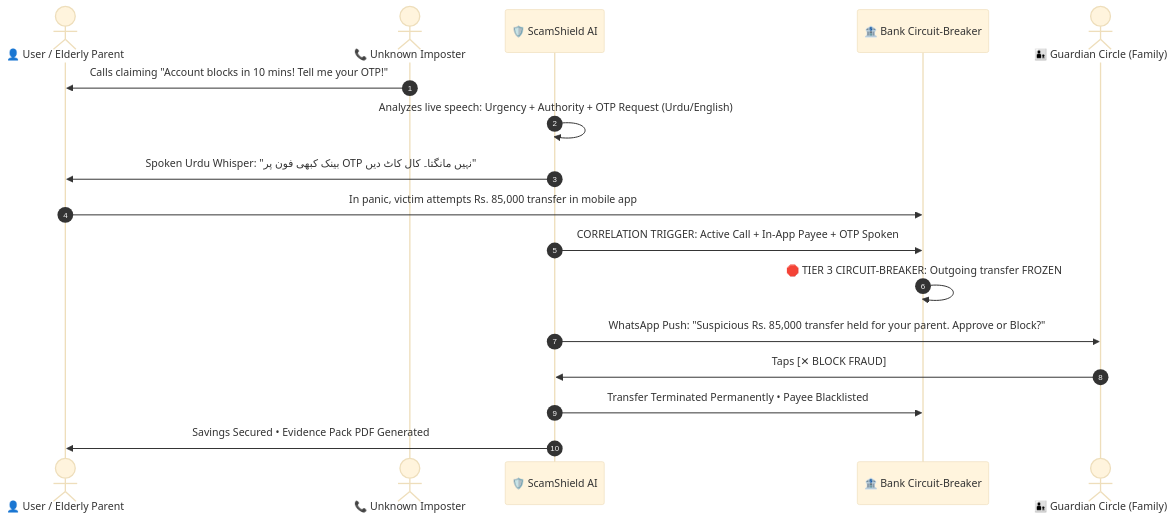
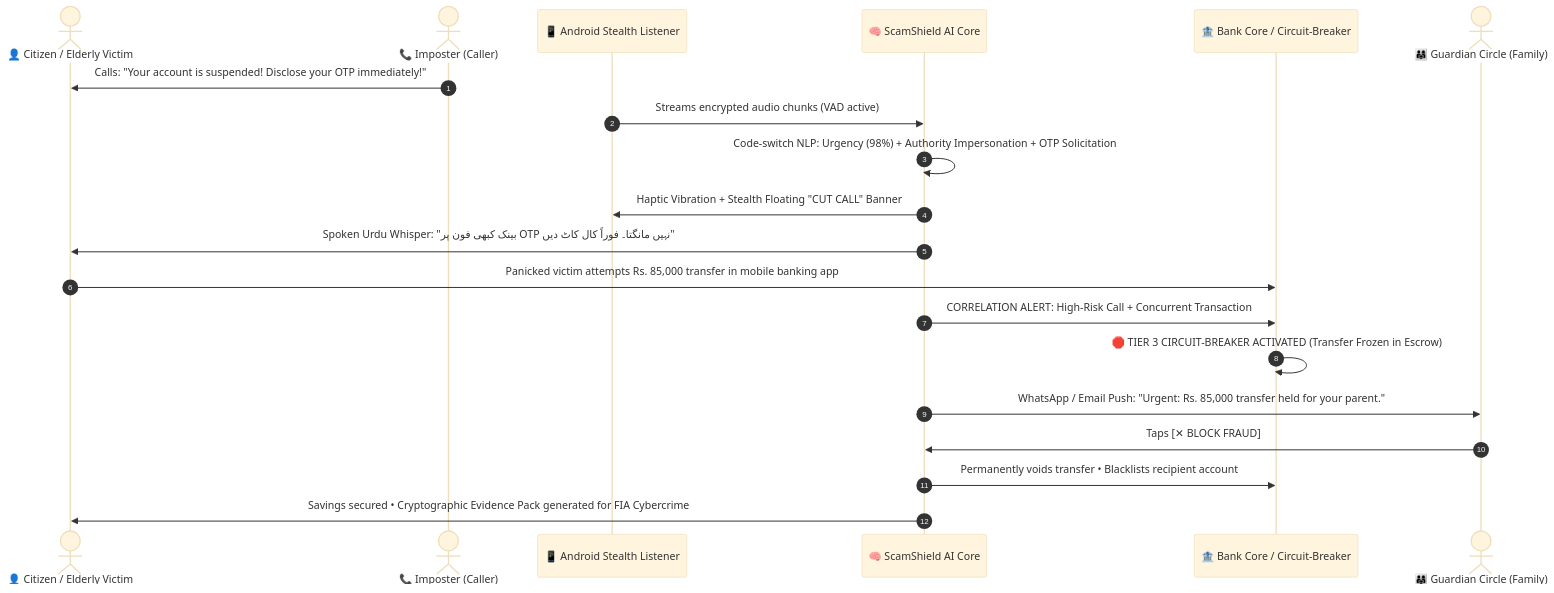
Before and after one commit to talha963/ScamSheild: the diagram in README.md, drawn with Mermaid (base theme). The commit also changed other lines of this file, not shown here.

````diff
--- a/README.md
+++ b/README.md
@@ -75,20 +39,23 @@
 ```mermaid
 sequenceDiagram
     autonumber
-    actor Victim as 👤 User / Elderly Parent
-    actor Scammer as 📞 Unknown Imposter
-    participant Guardian as 🛡️ ScamShield AI
-    participant Bank as 🏦 Bank Circuit-Breaker
-    actor Family as 👨‍👦 Guardian Circle (Family)
+    actor Victim as 👤 Citizen / Elderly Victim
+    actor Scammer as 📞 Imposter (Caller)
+    participant Phone as 📱 Android Stealth Listener
+    participant AI as 🧠 ScamShield AI Core
+    participant Bank as 🏦 Bank Core / Circuit-Breaker
+    actor Family as 👨‍👩‍👧 Guardian Circle (Family)
 
-    Scammer->>Victim: Calls claiming "Account blocks in 10 mins! Tell me your OTP!"
-    Guardian->>Guardian: Analyzes live speech: Urgency + Authority + OTP Request (Urdu/English)
-    Guardian->>Victim: Spoken Urdu Whisper: "بینک کبھی فون پر OTP نہیں مانگتا۔ کال کاٹ دیں"
-    Victim->>Bank: In panic, victim attempts Rs. 85,000 transfer in mobile app
-    Guardian->>Bank: CORRELATION TRIGGER: Active Call + In-App Payee + OTP Spoken
-    Bank->>Bank: 🛑 TIER 3 CIRCUIT-BREAKER: Outgoing transfer FROZEN
-    Guardian->>Family: WhatsApp Push: "Suspicious Rs. 85,000 transfer held for your parent. Approve or Block?"
-    Family->>Guardian: Taps [✕ BLOCK FRAUD]
-    Guardian->>Bank: Transfer Terminated Permanently • Payee Blacklisted
-    Guardian->>Victim: Savings Secured • Evidence Pack PDF Generated
+    Scammer->>Victim: Calls: "Your account is suspended! Disclose your OTP immediately!"
+    Phone->>AI: Streams encrypted audio chunks (VAD active)
+    AI->>AI: Code-switch NLP: Urgency (98%) + Authority Impersonation + OTP Solicitation
+    AI->>Phone: Haptic Vibration + Stealth Floating "CUT CALL" Banner
+    AI->>Victim: Spoken Urdu Whisper: "بینک کبھی فون پر OTP نہیں مانگتا۔ فوراً کال کاٹ دیں"
+    Victim->>Bank: Panicked victim attempts Rs. 85,000 transfer in mobile banking app
+    AI->>Bank: CORRELATION ALERT: High-Risk Call + Concurrent Transaction
+    Bank->>Bank: 🛑 TIER 3 CIRCUIT-BREAKER ACTIVATED (Transfer Frozen in Escrow)
+    AI->>Family: WhatsApp / Email Push: "Urgent: Rs. 85,000 transfer held for your parent."
+    Family->>AI: Taps [✕ BLOCK FRAUD]
+    AI->>Bank: Permanently voids transfer • Blacklists recipient account
+    AI->>Victim: Savings secured • Cryptographic Evidence Pack generated for FIA Cybercrime
 ```
````
